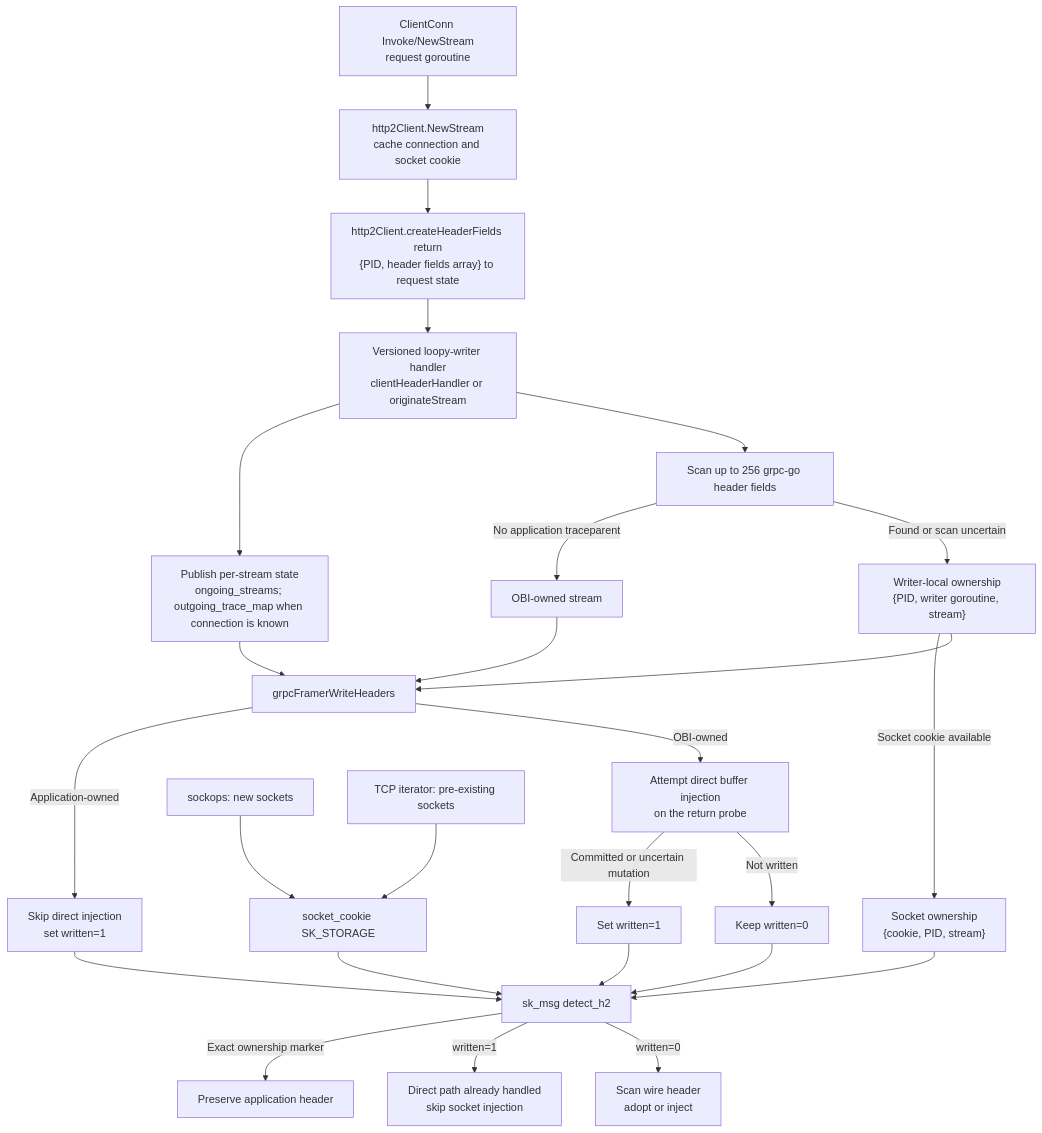
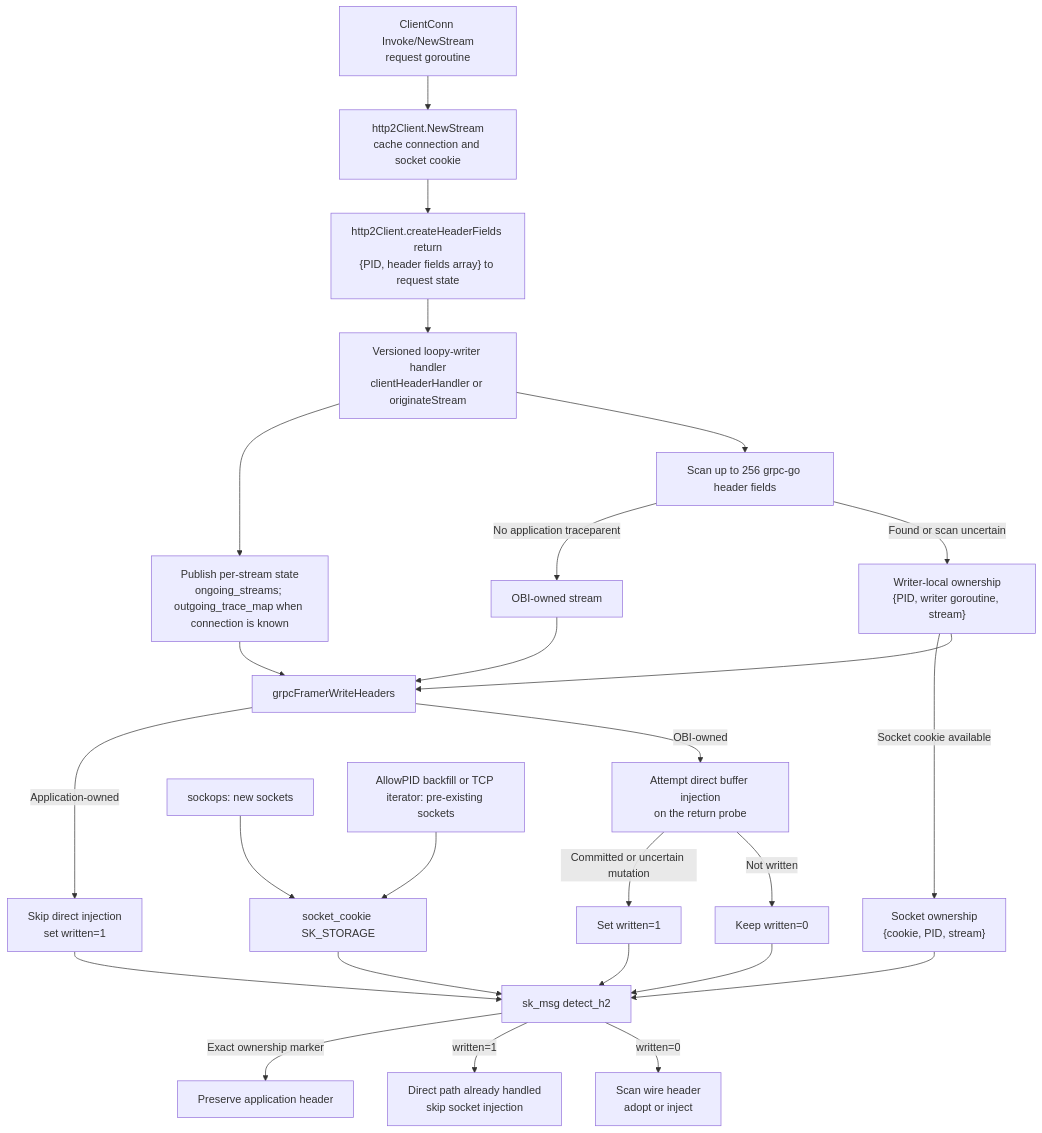
Before and after one commit to open-telemetry/opentelemetry-ebpf-instrumentation: the diagram in devdocs/grpc-context-propagation.md, drawn with Mermaid. The commit also changed other lines of this file and 26 other files, not shown here.

````diff
--- a/devdocs/grpc-context-propagation.md
+++ b/devdocs/grpc-context-propagation.md
@@ -94,32 +94,32 @@
 ```mermaid
 flowchart TD
     A["ClientConn Invoke/NewStream<br/>request goroutine"] --> B["http2Client.NewStream<br/>cache connection and socket cookie"]
     B --> C["http2Client.createHeaderFields return<br/>{PID, header fields array} to request state"]
     C --> D["Versioned loopy-writer handler<br/>clientHeaderHandler or originateStream"]
 
     D --> E["Publish per-stream state<br/>ongoing_streams; outgoing_trace_map when connection is known"]
     D --> F["Scan up to 256 grpc-go header fields"]
     F -->|No application traceparent| G["OBI-owned stream"]
     F -->|Found or scan uncertain| H["Writer-local ownership<br/>{PID, writer goroutine, stream}"]
     H -->|Socket cookie available| I["Socket ownership<br/>{cookie, PID, stream}"]
 
     E --> J["grpcFramerWriteHeaders"]
     G --> J
     H --> J
     J -->|Application-owned| K["Skip direct injection<br/>set written=1"]
     J -->|OBI-owned| L["Attempt direct buffer injection<br/>on the return probe"]
     L -->|Committed or uncertain mutation| M["Set written=1"]
     L -->|Not written| N["Keep written=0"]
 
     I --> O["sk_msg detect_h2"]
     K --> O
     M --> O
     N --> O
     O -->|Exact ownership marker| P["Preserve application header"]
     O -->|written=1| Q["Direct path already handled<br/>skip socket injection"]
     O -->|written=0| R["Scan wire header<br/>adopt or inject"]
 
     S["sockops: new sockets"] --> U["socket_cookie SK_STORAGE"]
-    T["TCP iterator: pre-existing sockets"] --> U
+    T["AllowPID backfill or TCP iterator: pre-existing sockets"] --> U
     U --> O
 ```
````
